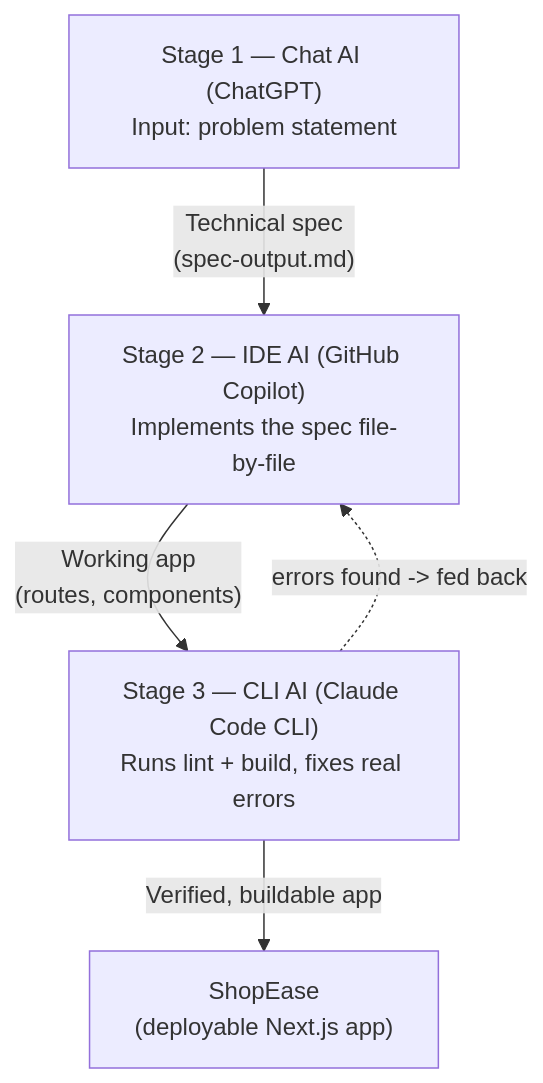
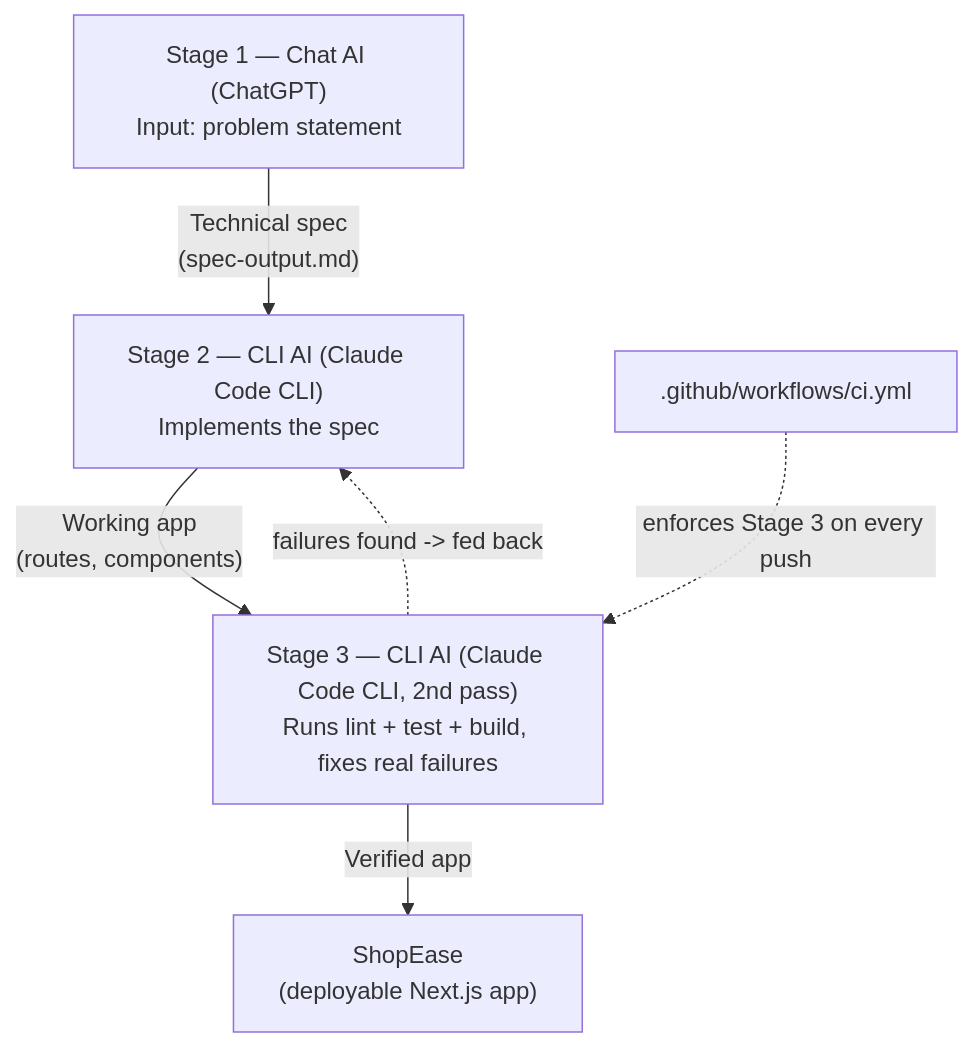
The diagram in README.md (Latiah/Multi-Stage_AI_Workflow), drawn with Mermaid before and after one commit. The commit also changed other lines of this file and 14 other files, not shown here.

````diff
--- a/README.md
+++ b/README.md
@@ -21,7 +35,8 @@
 ```mermaid
 flowchart TD
     A["Stage 1 — Chat AI (ChatGPT)\nInput: problem statement"] -->|"Technical spec\n(spec-output.md)"| B
-    B["Stage 2 — IDE AI (GitHub Copilot)\nImplements the spec file-by-file"] -->|"Working app\n(routes, components)"| C
-    C["Stage 3 — CLI AI (Claude Code CLI)\nRuns lint + build, fixes real errors"] -->|"Verified, buildable app"| D["ShopEase\n(deployable Next.js app)"]
-    C -.->|"errors found -> fed back"| B
+    B["Stage 2 — CLI AI (Claude Code CLI)\nImplements the spec"] -->|"Working app\n(routes, components)"| C
+    C["Stage 3 — CLI AI (Claude Code CLI, 2nd pass)\nRuns lint + test + build, fixes real failures"] -->|"Verified app"| D["ShopEase\n(deployable Next.js app)"]
+    C -.->|"failures found -> fed back"| B
+    E[".github/workflows/ci.yml"] -.->|"enforces Stage 3 on every push"| C
 ```
````
